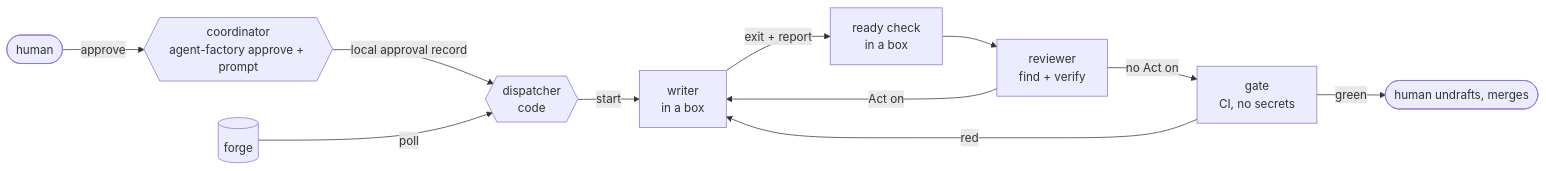
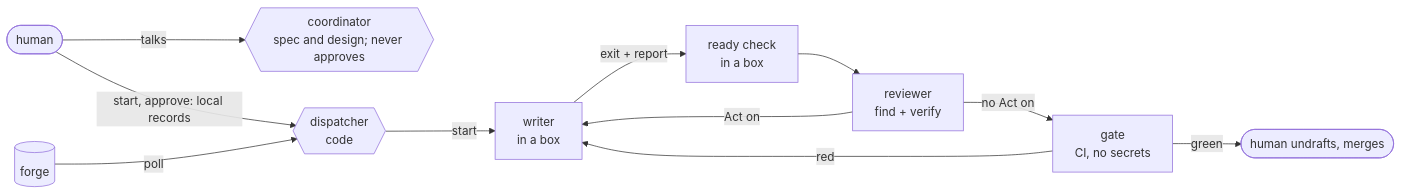
Before and after one commit to chiyanram/agent-factory: the first of 2 diagrams in README.md, drawn with Mermaid. The commit also changed other lines of this file and 37 other files, not shown here.

````diff
--- a/README.md
+++ b/README.md
@@ -55,13 +55,13 @@
 ```mermaid
 flowchart LR
-    H([human]) -- "approve" --> C{{coordinator<br/>agent-factory approve + prompt}}
-    C -- "local approval record" --> D{{dispatcher<br/>code}}
+    H([human]) -- talks --> C{{coordinator<br/>spec and design; never approves}}
+    H -- "start, approve: local records" --> D{{dispatcher<br/>code}}
     F[(forge)] -- poll --> D
     D -- start --> W[writer<br/>in a box]
     W -- "exit + report" --> RC[ready check<br/>in a box]
     RC --> R[reviewer<br/>find + verify]
     R -- "Act on" --> W
     R -- "no Act on" --> G[gate<br/>CI, no secrets]
     G -- red --> W
     G -- green --> H2([human undrafts, merges])
 ```
````
